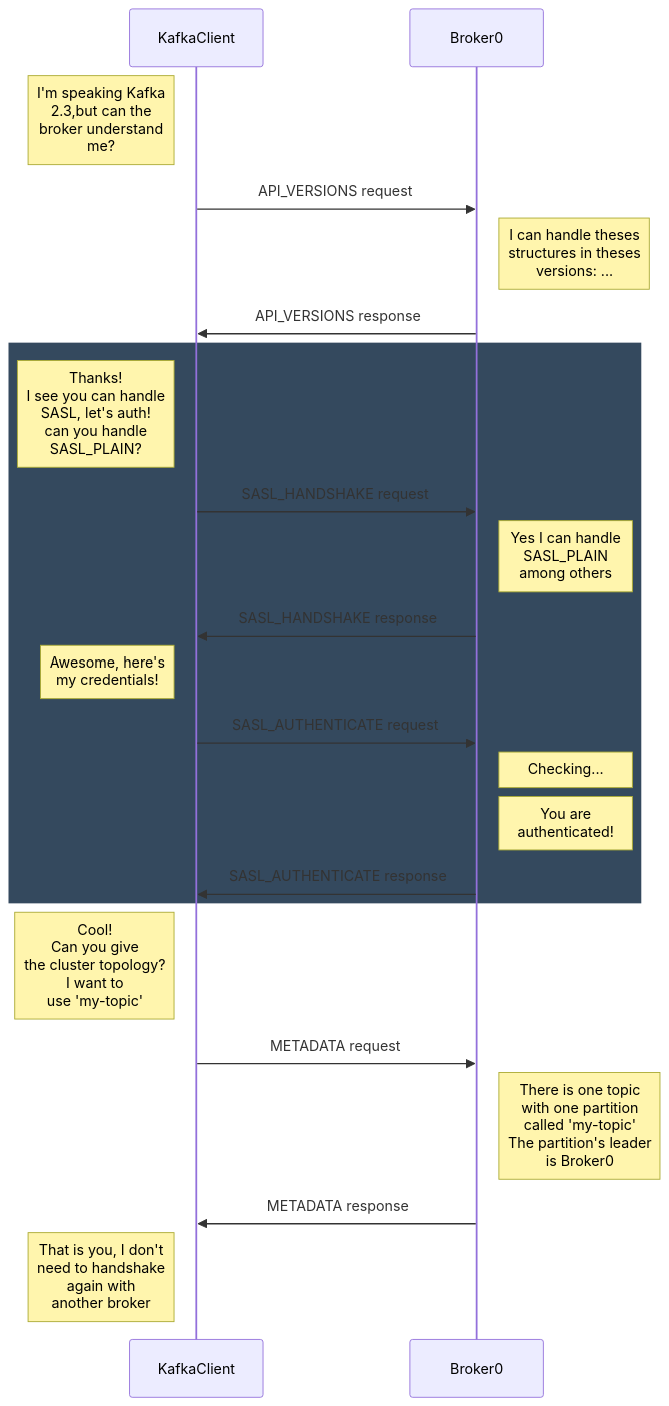
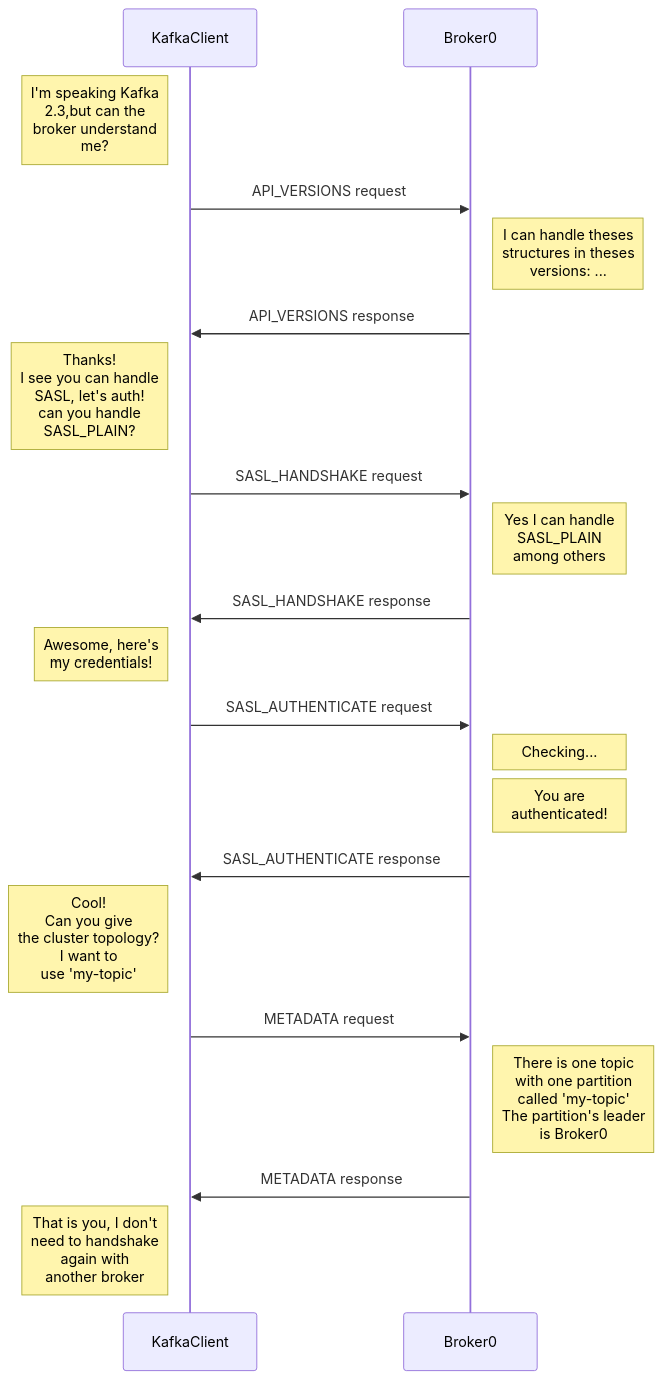
One commit to PierreZ/pierrezemb.fr changed the first of 3 diagrams in content/posts/diving-into-kafka-protocol/index.md. Above: the diagram before and after it, drawn with Mermaid. The commit also changed other lines of this file and 1 other file, not shown here.

Commit message:
kafka consuming is done!

```diff
--- a/content/posts/diving-into-kafka-protocol/index.md
+++ b/content/posts/diving-into-kafka-protocol/index.md
@@ -32,34 +32,33 @@
 {{<mermaid>}}
 sequenceDiagram
 
     Note left of KafkaClient: I'm speaking Kafka <br/> 2.3,but can the <br/> broker understand <br/> me?
 
     KafkaClient ->> Broker0: API_VERSIONS request
 
     Note right of Broker0: I can handle theses <br/> structures in theses <br/>versions: ...
     Broker0 ->> KafkaClient: API_VERSIONS response
 
-    rect rgb(52, 73, 94)
-        Note left of KafkaClient: Thanks!<br/> I see you can handle <br/> SASL, let's auth! <br/> can you handle <br/> SASL_PLAIN?
-        KafkaClient ->> Broker0: SASL_HANDSHAKE request
+    Note left of KafkaClient: Thanks!<br/> I see you can handle <br/> SASL, let's auth! <br/> can you handle <br/> SASL_PLAIN?
+    KafkaClient ->> Broker0: SASL_HANDSHAKE request
 
-        Note right of Broker0: Yes I can handle <br/> SASL_PLAIN <br/> among others
+    Note right of Broker0: Yes I can handle <br/> SASL_PLAIN <br/> among others
         Broker0 ->> KafkaClient: SASL_HANDSHAKE response
 
-        Note left of KafkaClient: Awesome, here's <br/> my credentials!
+    Note left of KafkaClient: Awesome, here's <br/> my credentials!
         KafkaClient ->> Broker0: SASL_AUTHENTICATE request
 
-        Note right of Broker0: Checking...
-        Note right of Broker0: You are <br/>authenticated!
-        Broker0 ->> KafkaClient: SASL_AUTHENTICATE response
-    end
+    Note right of Broker0: Checking...
+    Note right of Broker0: You are <br/>authenticated!
+    Broker0 ->> KafkaClient: SASL_AUTHENTICATE response
+    
 
     Note left of KafkaClient: Cool! <br/> Can you give <br/> the cluster topology?<br/> I want to <br/> use 'my-topic'
     KafkaClient ->> Broker0: METADATA request
 
     Note right of Broker0: There is one topic <br/> with one partition<br/> called 'my-topic'<br/>The partition's leader <br/> is Broker0
     Broker0 ->> KafkaClient: METADATA response
 
 Note left of KafkaClient: That is you, I don't <br/> need to handshake <br/> again with <br/> another broker
 
 {{</mermaid>}}
```
